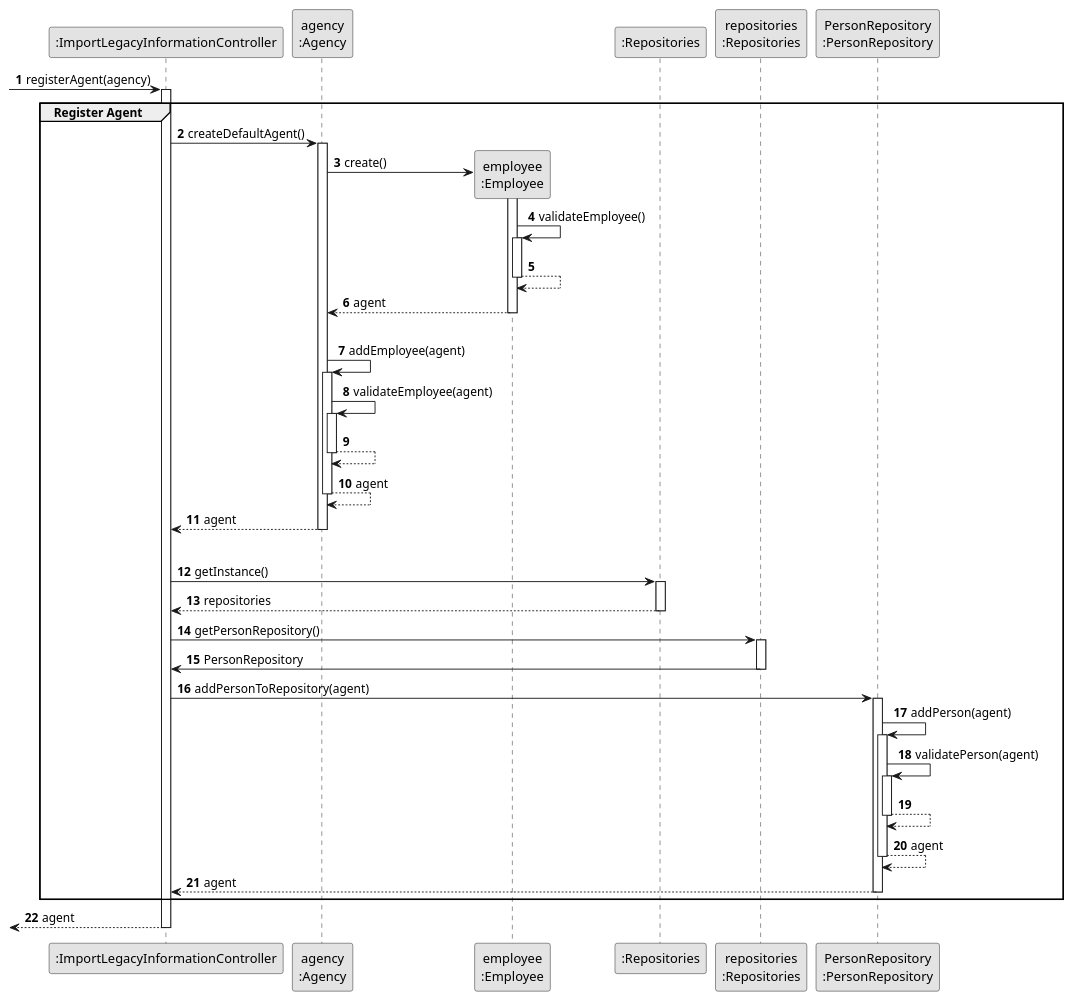
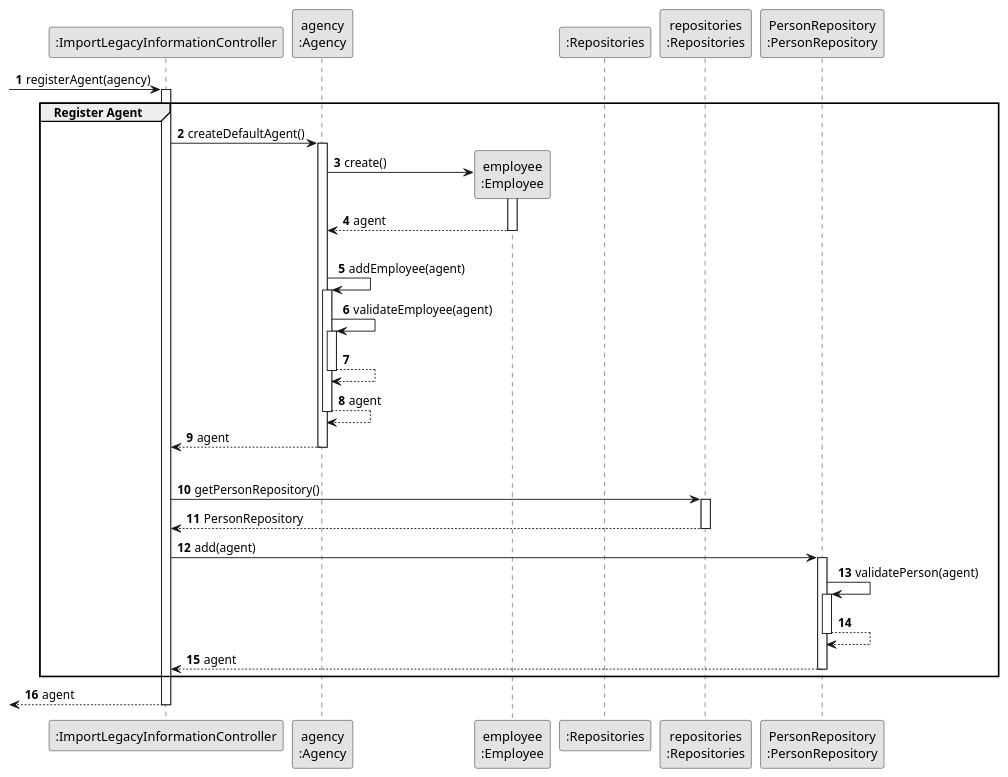
The diagram in docs/sprintC/us012/03.design/puml/us012-sequence-diagram-partial-register-agent.puml (rita-barbosa/LAPR2-2223), drawn with PlantUML before and after one commit. The commit also changed 4 other files, not shown here.

Commit message:
Update sequence & class diagram [US012][Design]

```diff
--- a/docs/sprintC/us012/03.design/puml/us012-sequence-diagram-partial-register-agent.puml
+++ b/docs/sprintC/us012/03.design/puml/us012-sequence-diagram-partial-register-agent.puml
@@ -1,97 +1,81 @@
 @startuml
 skinparam monochrome true
 skinparam packageStyle rectangle
 skinparam shadowing false
 
 autonumber
 
 'hide footbox
 participant ":ImportLegacyInformationController" as CTRL
 participant "agency\n:Agency" as AGC
 participant "employee\n:Employee" as EMPLOYEE
 participant ":Repositories" as RepositorySingleton
 participant "repositories\n:Repositories" as PLAT
 participant "PersonRepository\n:PersonRepository" as PersonRepository
 
     -> CTRL : registerAgent(agency)
 
 activate CTRL
 
     group Register Agent
 
     CTRL -> AGC : createDefaultAgent()
     activate AGC
 
-        AGC -> EMPLOYEE** : create()
+    AGC -> EMPLOYEE** : create()
     activate EMPLOYEE
 
-        EMPLOYEE -> EMPLOYEE : validateEmployee()
-        activate EMPLOYEE
-
-            EMPLOYEE --> EMPLOYEE
-        deactivate EMPLOYEE
-
-        EMPLOYEE --> AGC : agent
+    EMPLOYEE --> AGC : agent
     deactivate EMPLOYEE
-|||
+    |||
     AGC -> AGC : addEmployee(agent)
 
     activate AGC
 
        AGC -> AGC : validateEmployee(agent)
         activate AGC
 
             AGC --> AGC
         deactivate AGC
 
         AGC --> AGC : agent
     deactivate AGC
 
 
     AGC --> CTRL : agent
     deactivate AGC
 |||
 
-    CTRL -> RepositorySingleton : getInstance()
-
-    activate RepositorySingleton
-
-        RepositorySingleton --> CTRL : repositories
-    deactivate RepositorySingleton
 
     CTRL -> PLAT : getPersonRepository()
 
     activate PLAT
 
-        PLAT -> CTRL : PersonRepository
+        PLAT --> CTRL : PersonRepository
 
     deactivate PLAT
 
-    CTRL -> PersonRepository : addPersonToRepository(agent)
-    activate PersonRepository
-
-    PersonRepository -> PersonRepository : addPerson(agent)
+    CTRL -> PersonRepository : add(agent)
     activate PersonRepository
 
     PersonRepository -> PersonRepository : validatePerson(agent)
     activate PersonRepository
 
         PersonRepository --> PersonRepository
     deactivate PersonRepository
 
-        PersonRepository --> PersonRepository : agent
-    deactivate PersonRepository
+
 
         PersonRepository --> CTRL : agent
     deactivate PersonRepository
 
     end group
     
     <-- CTRL : agent
 
 deactivate CTRL
 
     
 
 
 @enduml
```
